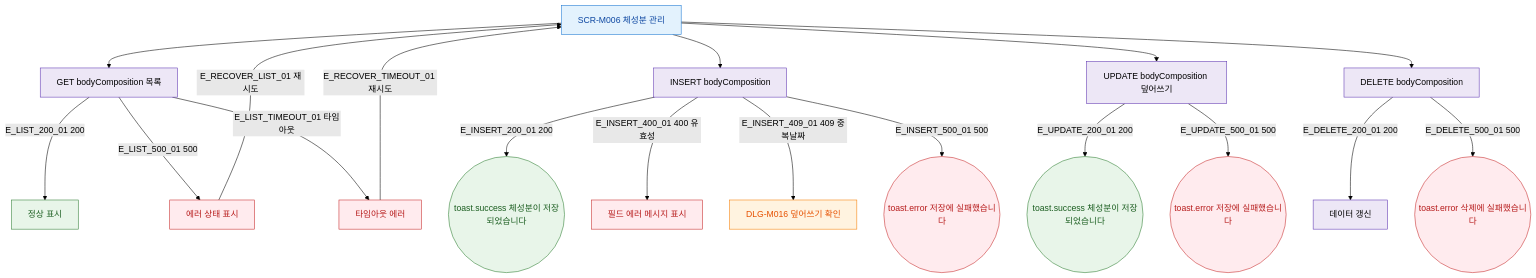
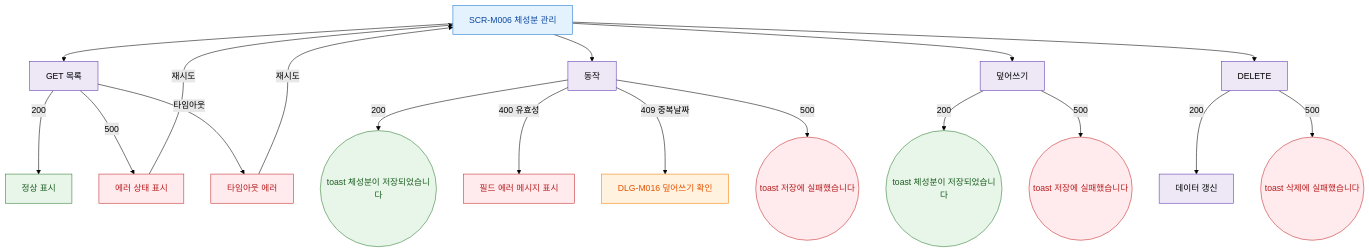
The diagram in docs/다이어그램/D02_회원관리/SCR-M006_체성분관리/F8_에러예외.md (dev-spogym/admin-pando), drawn with Mermaid (forest theme) before and after one commit. The commit also changed other lines of this file and 1660 other files, not shown here.

First line of the commit message:
다이어그램: 기획자/클라이언트 납품본으로 정리

````diff
--- a/docs/다이어그램/D02_회원관리/SCR-M006_체성분관리/F8_에러예외.md
+++ b/docs/다이어그램/D02_회원관리/SCR-M006_체성분관리/F8_에러예외.md
@@ -22,39 +20,39 @@
 ```mermaid
 flowchart TD
   SCR_M006[SCR-M006 체성분 관리]
 
-  SCR_M006 --> API_LIST[GET bodyComposition 목록]
-  SCR_M006 --> API_INSERT[INSERT bodyComposition]
-  SCR_M006 --> API_UPDATE[UPDATE bodyComposition 덮어쓰기]
-  SCR_M006 --> API_DELETE[DELETE bodyComposition]
+  SCR_M006 --> API_LIST[GET 목록]
+  SCR_M006 --> API_INSERT[동작]
+  SCR_M006 --> API_UPDATE[덮어쓰기]
+  SCR_M006 --> API_DELETE[DELETE]
 
-  API_LIST -->|E_LIST_200_01 200| UI_OK[정상 표시]
-  API_LIST -->|E_LIST_500_01 500| ERR_LIST[에러 상태 표시]
-  API_LIST -->|E_LIST_TIMEOUT_01 타임아웃| ERR_TIMEOUT[타임아웃 에러]
+  API_LIST -->|200|UI_OK[정상 표시]
+  API_LIST -->|500|ERR_LIST[에러 상태 표시]
+  API_LIST -->|타임아웃|ERR_TIMEOUT[타임아웃 에러]
 
-  API_INSERT -->|E_INSERT_200_01 200| TOAST_SAVE_OK((toast.success 체성분이 저장되었습니다))
-  API_INSERT -->|E_INSERT_400_01 400 유효성| ERR_INSERT_400[필드 에러 메시지 표시]
-  API_INSERT -->|E_INSERT_409_01 409 중복날짜| DLG_M016[DLG-M016 덮어쓰기 확인]
-  API_INSERT -->|E_INSERT_500_01 500| TOAST_SAVE_ERR((toast.error 저장에 실패했습니다))
+  API_INSERT -->|200|TOAST_SAVE_OK((toast 체성분이 저장되었습니다))
+  API_INSERT -->|400 유효성|ERR_INSERT_400[필드 에러 메시지 표시]
+  API_INSERT -->|409 중복날짜|DLG_M016[DLG-M016 덮어쓰기 확인]
+  API_INSERT -->|500|TOAST_SAVE_ERR((toast 저장에 실패했습니다))
 
-  API_UPDATE -->|E_UPDATE_200_01 200| TOAST_UPDATE_OK((toast.success 체성분이 저장되었습니다))
-  API_UPDATE -->|E_UPDATE_500_01 500| TOAST_UPDATE_ERR((toast.error 저장에 실패했습니다))
+  API_UPDATE -->|200|TOAST_UPDATE_OK((toast 체성분이 저장되었습니다))
+  API_UPDATE -->|500|TOAST_UPDATE_ERR((toast 저장에 실패했습니다))
 
-  API_DELETE -->|E_DELETE_200_01 200| REFRESH[데이터 갱신]
-  API_DELETE -->|E_DELETE_500_01 500| TOAST_DEL_ERR((toast.error 삭제에 실패했습니다))
+  API_DELETE -->|200|REFRESH[데이터 갱신]
+  API_DELETE -->|500|TOAST_DEL_ERR((toast 삭제에 실패했습니다))
 
-  ERR_LIST    -->|E_RECOVER_LIST_01 재시도| SCR_M006
-  ERR_TIMEOUT -->|E_RECOVER_TIMEOUT_01 재시도| SCR_M006
+  ERR_LIST -->|재시도|SCR_M006
+  ERR_TIMEOUT -->|재시도|SCR_M006
 
-  classDef screen  fill:#E3F2FD,stroke:#1976D2,color:#0D47A1
-  classDef modal   fill:#FFF3E0,stroke:#F57C00,color:#E65100
-  classDef error   fill:#FFEBEE,stroke:#C62828,color:#B71C1C
+  classDef screen fill:#E3F2FD,stroke:#1976D2,color:#0D47A1
+  classDef modal fill:#FFF3E0,stroke:#F57C00,color:#E65100
+  classDef error fill:#FFEBEE,stroke:#C62828,color:#B71C1C
   classDef success fill:#E8F5E9,stroke:#2E7D32,color:#1B5E20
-  classDef system  fill:#EDE7F6,stroke:#5E35B2
+  classDef system fill:#EDE7F6,stroke:#5E35B2
 
   class SCR_M006 screen
   class DLG_M016 modal
   class ERR_LIST,ERR_TIMEOUT,TOAST_SAVE_ERR,TOAST_UPDATE_ERR,TOAST_DEL_ERR,ERR_INSERT_400 error
   class TOAST_SAVE_OK,TOAST_UPDATE_OK,UI_OK success
   class API_LIST,API_INSERT,API_UPDATE,API_DELETE,REFRESH system
 ```
````
